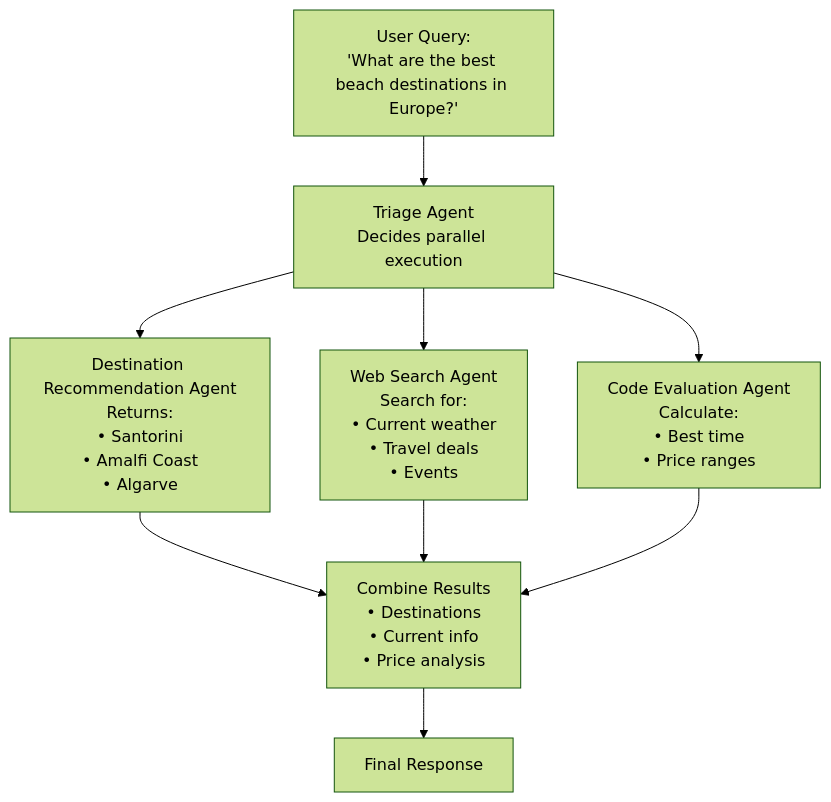
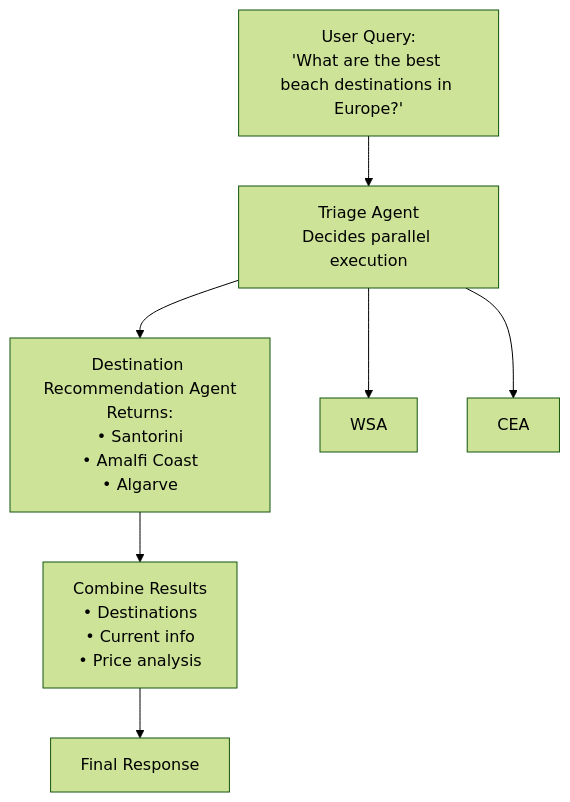
The fifth of 12 diagrams in docs/maf-visual-guide.md (Azure-Samples/azure-ai-travel-agents), drawn with Mermaid (forest theme) before and after one commit. The commit also changed other lines of this file and 41 other files, not shown here.

````diff
--- a/docs/maf-visual-guide.md
+++ b/docs/maf-visual-guide.md
@@ -176,25 +161,19 @@
 ```mermaid
 flowchart TD
     UQ[User Query:<br/>'What are the best beach destinations in Europe?']
     
     TA[Triage Agent<br/>Decides parallel execution]
     
     DRA[Destination Recommendation Agent<br/>Returns:<br/>• Santorini<br/>• Amalfi Coast<br/>• Algarve]
-    
-    WSA[Web Search Agent<br/>Search for:<br/>• Current weather<br/>• Travel deals<br/>• Events]
-    
-    CEA[Code Evaluation Agent<br/>Calculate:<br/>• Best time<br/>• Price ranges]
     
     COMBINE[Combine Results<br/>• Destinations<br/>• Current info<br/>• Price analysis]
     
     FR[Final Response]
     
     UQ --> TA
     TA --> DRA
     TA --> WSA
     TA --> CEA
     DRA --> COMBINE
-    WSA --> COMBINE
-    CEA --> COMBINE
     COMBINE --> FR
 ```
````
